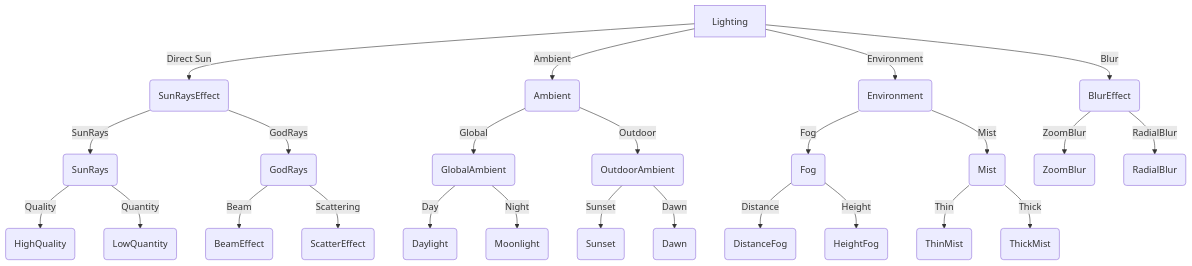
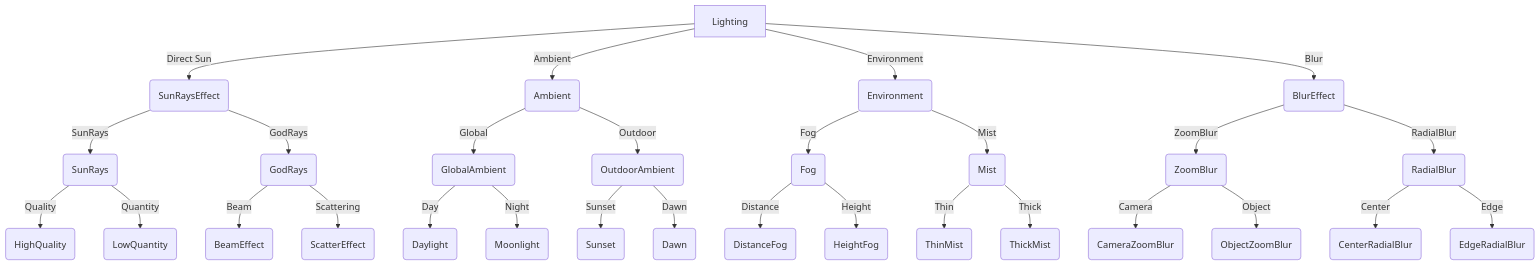
One commit to aaravss1/Realism-in-Roblox changed the first of 4 diagrams in README.md. Above: the diagram before and after it, drawn with Mermaid. The commit also changed other lines of this file, not shown here.

````diff
--- a/README.md
+++ b/README.md
@@ -10,27 +10,31 @@
 ```mermaid
 graph TD;
   A[Lighting] -->|Direct Sun| B(SunRaysEffect);
   A -->|Ambient| C(Ambient);
   A -->|Environment| D(Environment);
   A -->|Blur| E(BlurEffect);
   B -->|SunRays| F(SunRays);
   B -->|GodRays| G(GodRays);
   C -->|Global| H(GlobalAmbient);
   C -->|Outdoor| I(OutdoorAmbient);
   D -->|Fog| J(Fog);
   D -->|Mist| K(Mist);
   E -->|ZoomBlur| L(ZoomBlur);
   E -->|RadialBlur| M(RadialBlur);
   F -->|Quality| N(HighQuality);
   F -->|Quantity| O(LowQuantity);
   G -->|Beam| P(BeamEffect);
   G -->|Scattering| Q(ScatterEffect);
   H -->|Day| R(Daylight);
   H -->|Night| S(Moonlight);
   I -->|Sunset| T(Sunset);
   I -->|Dawn| U(Dawn);
   J -->|Distance| V(DistanceFog);
   J -->|Height| W(HeightFog);
   K -->|Thin| X(ThinMist);
   K -->|Thick| Y(ThickMist);
+  L -->|Camera| Z(CameraZoomBlur);
+  L -->|Object| AA(ObjectZoomBlur);
+  M -->|Center| AB(CenterRadialBlur);
+  M -->|Edge| AC(EdgeRadialBlur);
 ```
````
